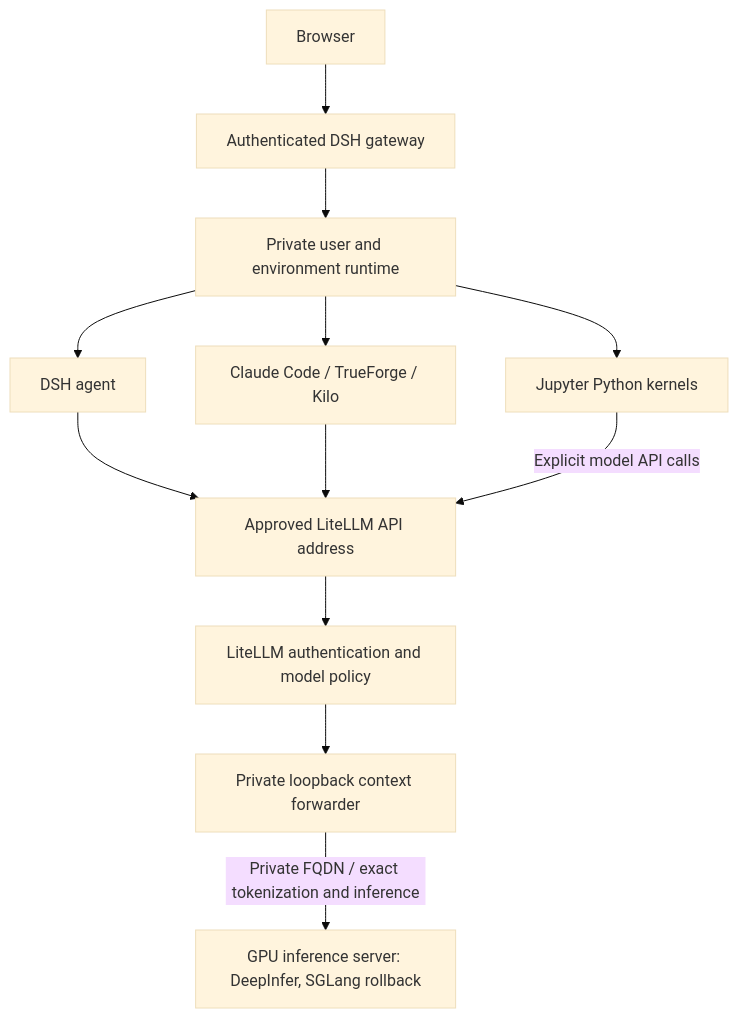
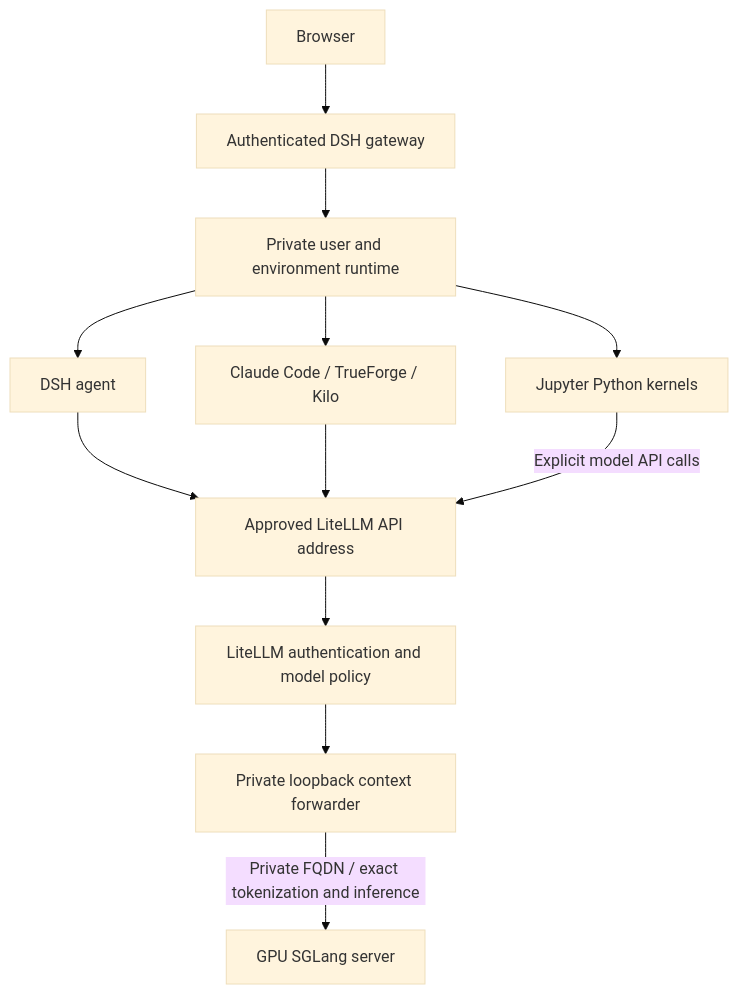
One commit to skunpoj/dsh_setup changed the diagram in docs/FLEXIBLE_DEPLOYMENT.md. Above: the diagram before and after it, drawn with Mermaid (base theme). The commit also changed other lines of this file and 121 other files, not shown here.

````diff
--- a/docs/FLEXIBLE_DEPLOYMENT.md
+++ b/docs/FLEXIBLE_DEPLOYMENT.md
@@ -14,14 +14,14 @@
 ```mermaid
 flowchart TB
   B[Browser] --> G[Authenticated DSH gateway]
   G --> U[Private user and environment runtime]
   U --> D[DSH agent]
   U --> C[Claude Code / TrueForge / Kilo]
   U --> J[Jupyter Python kernels]
   D --> A[Approved LiteLLM API address]
   C --> A
   J -->|Explicit model API calls| A
   A --> L[LiteLLM authentication and model policy]
   L --> F[Private loopback context forwarder]
-  F -->|Private FQDN / exact tokenization and inference| M[GPU inference server: DeepInfer, SGLang rollback]
+  F -->|Private FQDN / exact tokenization and inference| M[GPU SGLang server]
 ```
````
